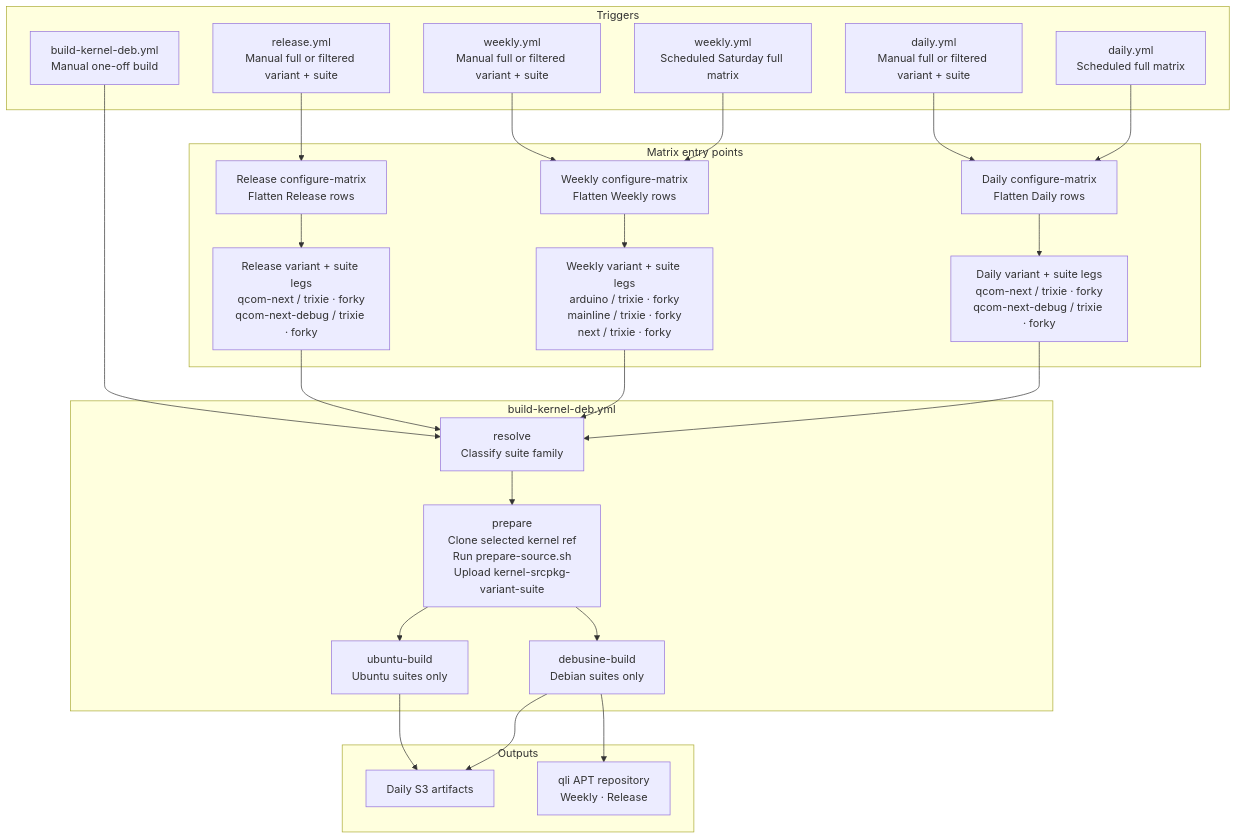
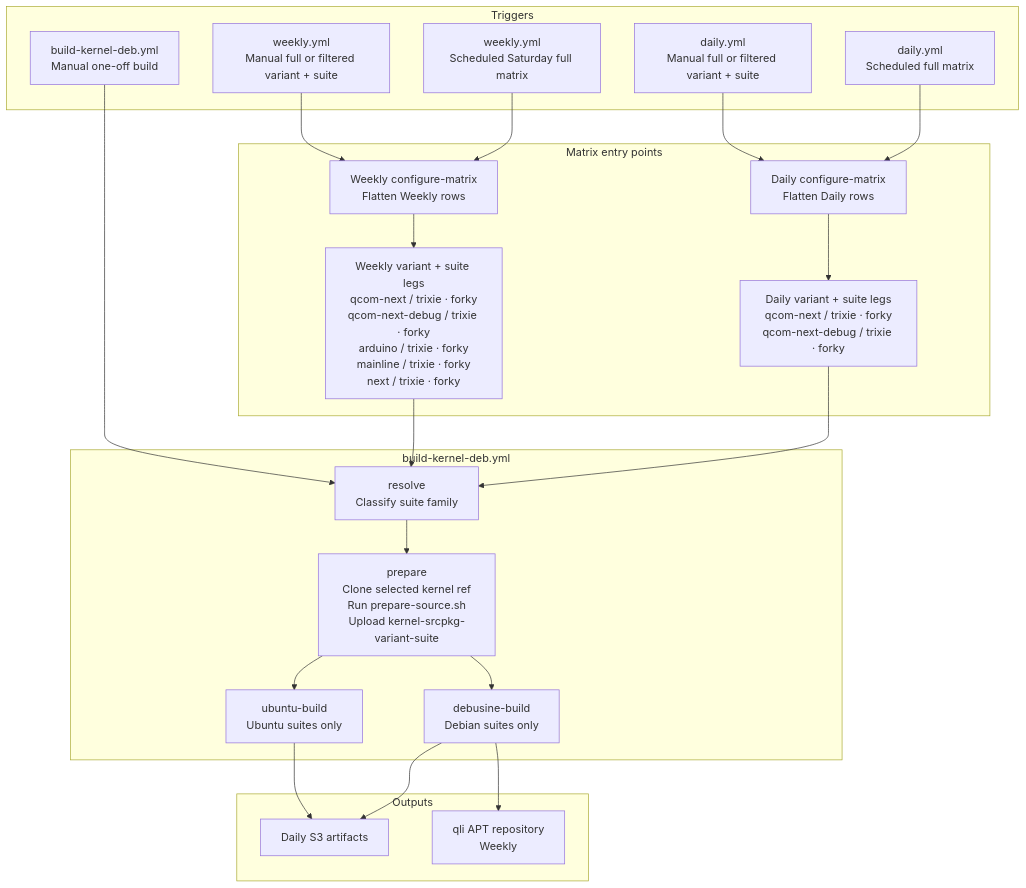
Before and after one commit to qualcomm-linux/pkg-linux-qcom: the second of 6 diagrams in README.md, drawn with Mermaid. The commit also changed other lines of this file and 7 other files, not shown here.

First line of the commit message:
ci: autobump qcom-next deliveries and drop the Release type

````diff
--- a/README.md
+++ b/README.md
@@ -309,46 +289,41 @@
 ```mermaid
 flowchart TD
     subgraph triggers[Triggers]
         A1["daily.yml\nScheduled full matrix"]
         A2["daily.yml\nManual full or filtered variant + suite"]
         A3["weekly.yml\nScheduled Saturday full matrix"]
         A4["weekly.yml\nManual full or filtered variant + suite"]
-        A5["release.yml\nManual full or filtered variant + suite"]
-        A6["build-kernel-deb.yml\nManual one-off build"]
+        A5["build-kernel-deb.yml\nManual one-off build"]
     end
 
     subgraph matrix[Matrix entry points]
         B1["Daily configure-matrix\nFlatten Daily rows"]
         B2["Daily variant + suite legs\nqcom-next / trixie · forky\nqcom-next-debug / trixie · forky"]
         B3["Weekly configure-matrix\nFlatten Weekly rows"]
-        B4["Weekly variant + suite legs\narduino / trixie · forky\nmainline / trixie · forky\nnext / trixie · forky"]
-        B5["Release configure-matrix\nFlatten Release rows"]
-        B6["Release variant + suite legs\nqcom-next / trixie · forky\nqcom-next-debug / trixie · forky"]
+        B4["Weekly variant + suite legs\nqcom-next / trixie · forky\nqcom-next-debug / trixie · forky\narduino / trixie · forky\nmainline / trixie · forky\nnext / trixie · forky"]
     end
 
     subgraph orchestrator[build-kernel-deb.yml]
         C1["resolve\nClassify suite family"]
         C2["prepare\nClone selected kernel ref\nRun prepare-source.sh\nUpload kernel-srcpkg-variant-suite"]
         C3["debusine-build\nDebian suites only"]
         C4["ubuntu-build\nUbuntu suites only"]
     end
 
     subgraph outputs[Outputs]
         D1["Daily S3 artifacts"]
-        D2["qli APT repository\nWeekly · Release"]
+        D2["qli APT repository\nWeekly"]
     end
 
     A1 --> B1
     A2 --> B1
     A3 --> B3
     A4 --> B3
-    A5 --> B5
     B1 --> B2 --> C1
     B3 --> B4 --> C1
-    B5 --> B6 --> C1
-    A6 --> C1
+    A5 --> C1
     C1 --> C2
     C2 --> C3 & C4
     C3 --> D1 & D2
     C4 --> D1
 ```
````
